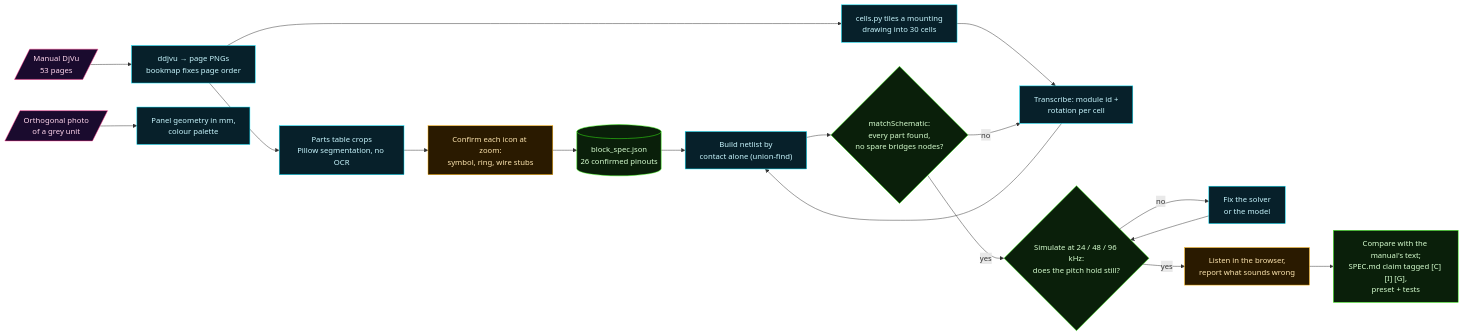
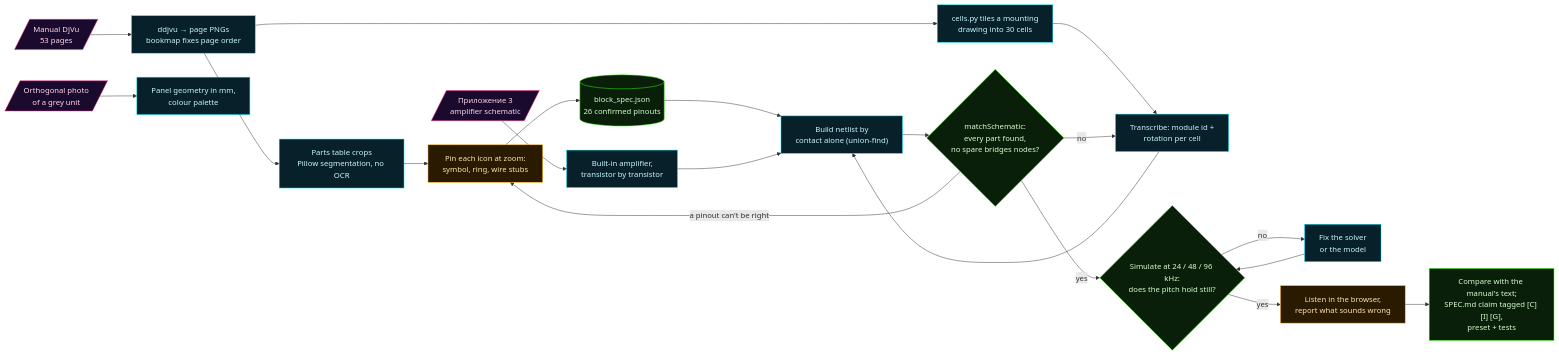
The first of 2 diagrams in README.md (dmitryaleks/Econ-01-emulator), drawn with Mermaid before and after one commit. The commit also changed other lines of this file and 9 other files, not shown here.

````diff
--- a/README.md
+++ b/README.md
@@ -230,24 +296,27 @@
 ```mermaid
 flowchart LR
     classDef src fill:#1a0b2e,stroke:#ff2e88,color:#ffd6ec
     classDef ai fill:#07202a,stroke:#00e5ff,color:#c9f7ff
     classDef human fill:#2a1a00,stroke:#ffb000,color:#ffe7b0
     classDef gate fill:#0a1f0a,stroke:#39ff14,color:#d7ffd0
 
     M[/"Manual DjVu<br/>53 pages"/]:::src --> X["ddjvu → page PNGs<br/>bookmap fixes page order"]:::ai
     P[/"Orthogonal photo<br/>of a grey unit"/]:::src --> G["Panel geometry in mm,<br/>colour palette"]:::ai
+    A3[/"Приложение 3<br/>amplifier schematic"/]:::src --> AMP["Built-in amplifier,<br/>transistor by transistor"]:::ai
     X --> T["Parts table crops<br/>Pillow segmentation, no OCR"]:::ai
-    T --> R["Confirm each icon at zoom:<br/>symbol, ring, wire stubs"]:::human
+    T --> R["Pin each icon at zoom:<br/>symbol, ring, wire stubs"]:::human
     R --> B[("block_spec.json<br/>26 confirmed pinouts")]:::gate
     X --> C["cells.py tiles a mounting<br/>drawing into 30 cells"]:::ai
     C --> L["Transcribe: module id +<br/>rotation per cell"]:::ai
     L --> N["Build netlist by<br/>contact alone (union-find)"]:::ai
     B --> N
+    AMP --> N
     N --> S{"matchSchematic:<br/>every part found,<br/>no spare bridges nodes?"}:::gate
     S -- no --> L
+    S -- "a pinout can't be right" --> R
     S -- yes --> V{"Simulate at 24 / 48 / 96 kHz:<br/>does the pitch hold still?"}:::gate
     V -- no --> F["Fix the solver<br/>or the model"]:::ai
     F --> V
     V -- yes --> H["Listen in the browser,<br/>report what sounds wrong"]:::human
     H --> D["Compare with the manual's text;<br/>SPEC.md claim tagged [C] [I] [G],<br/>preset + tests"]:::gate
 ```
````
